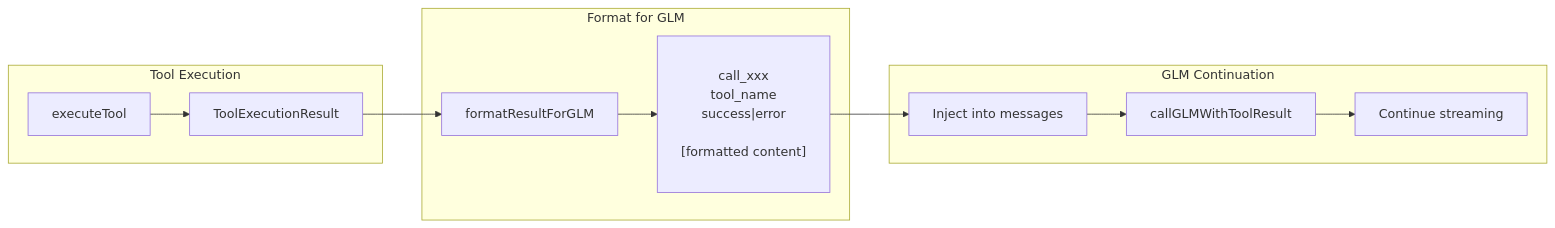
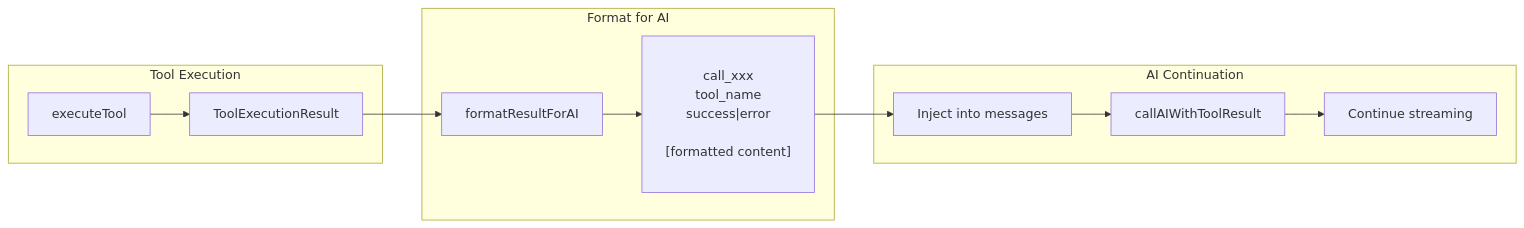
The seventh of 11 diagrams in docs/TOOL_SYSTEM_DEEP_DIVE.md (NickB03/vana), drawn with Mermaid before and after one commit. The commit also changed other lines of this file and 44 other files, not shown here.

````diff
--- a/docs/TOOL_SYSTEM_DEEP_DIVE.md
+++ b/docs/TOOL_SYSTEM_DEEP_DIVE.md
@@ -250,26 +250,26 @@
 ```mermaid
 flowchart LR
     subgraph "Tool Execution"
         TE[executeTool] --> TER[ToolExecutionResult]
     end
 
-    subgraph "Format for GLM"
-        TER --> FMT[formatResultForGLM]
+    subgraph "Format for AI"
+        TER --> FMT[formatResultForAI]
         FMT --> XML["
         <tool_result>
           <tool_call_id>call_xxx</tool_call_id>
           <name>tool_name</name>
           <status>success|error</status>
           <result>
             [formatted content]
           </result>
         </tool_result>
         "]
     end
 
-    subgraph "GLM Continuation"
+    subgraph "AI Continuation"
         XML --> INJECT[Inject into messages]
-        INJECT --> CALL[callGLMWithToolResult]
+        INJECT --> CALL[callAIWithToolResult]
         CALL --> STREAM[Continue streaming]
     end
 ```
````
